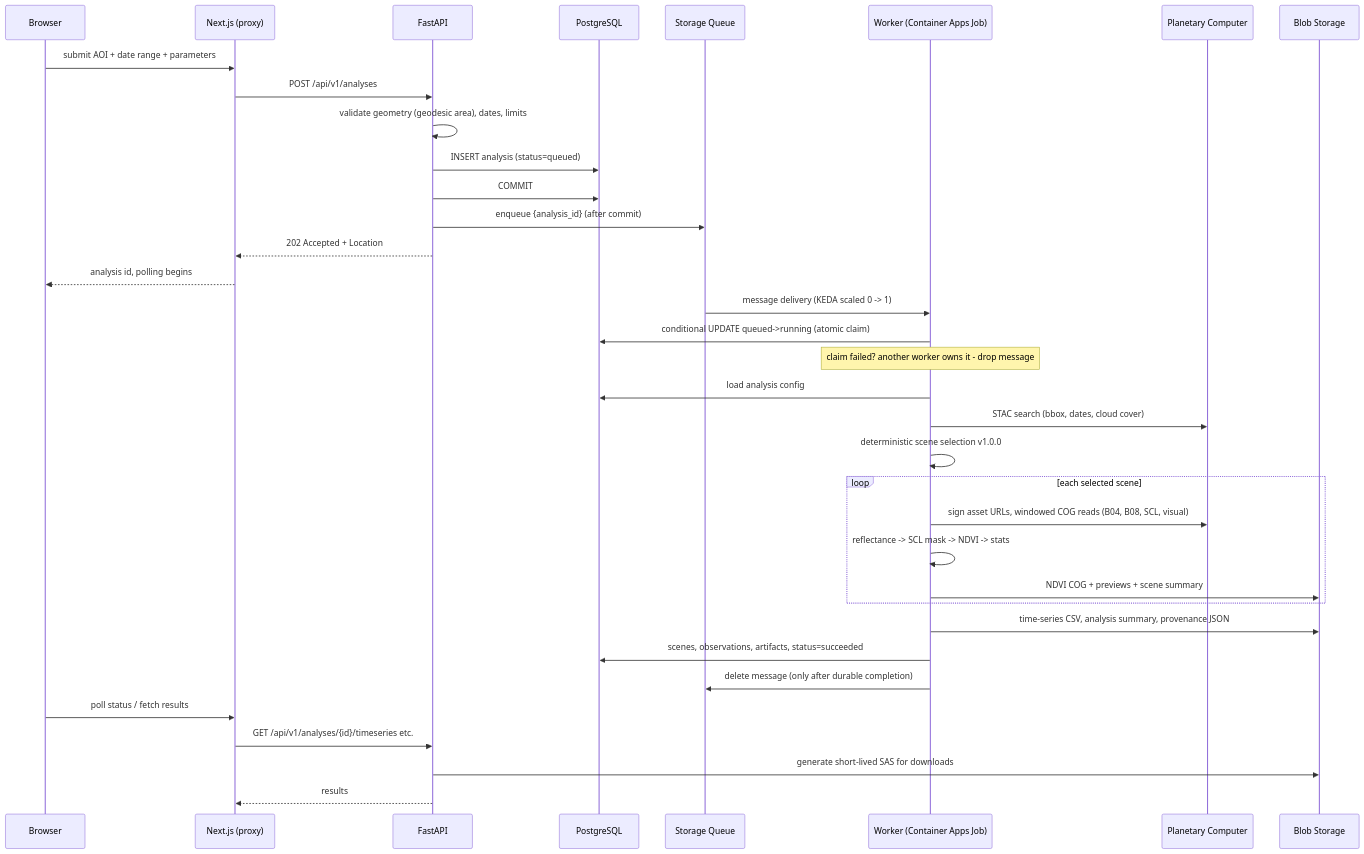
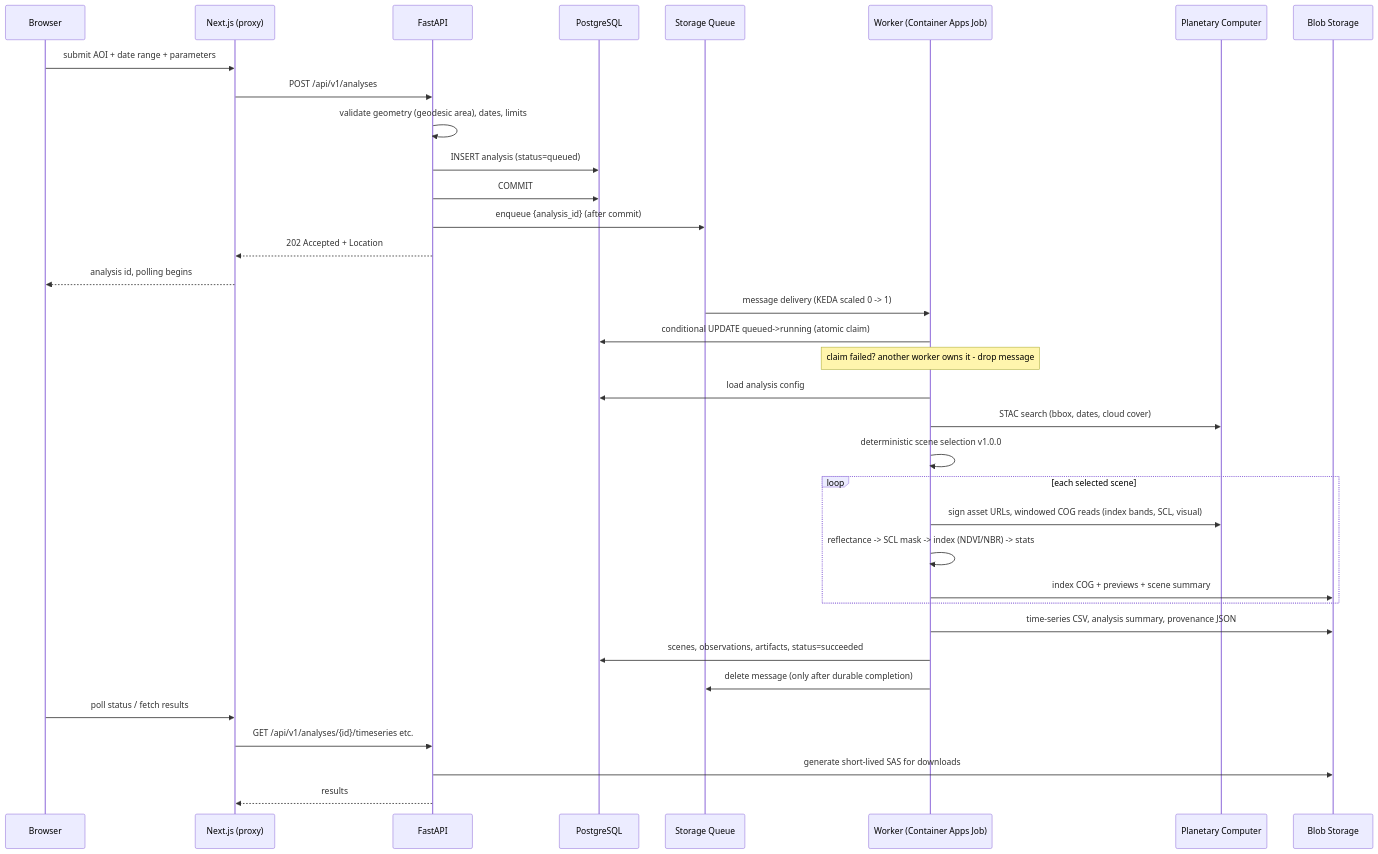
One commit to raveheart1/Orbital-Earth-Observation-Platform changed the second of 2 diagrams in docs/architecture.md. Above: the diagram before and after it, drawn with Mermaid. The commit also changed other lines of this file and 75 other files, not shown here.

````diff
--- a/docs/architecture.md
+++ b/docs/architecture.md
@@ -97,40 +102,40 @@
 ```mermaid
 sequenceDiagram
     participant B as Browser
     participant W as Next.js (proxy)
     participant A as FastAPI
     participant PG as PostgreSQL
     participant Q as Storage Queue
     participant J as Worker (Container Apps Job)
     participant PC as Planetary Computer
     participant BL as Blob Storage
 
     B->>W: submit AOI + date range + parameters
     W->>A: POST /api/v1/analyses
     A->>A: validate geometry (geodesic area), dates, limits
     A->>PG: INSERT analysis (status=queued)
     A->>PG: COMMIT
     A->>Q: enqueue {analysis_id}  (after commit)
     A-->>W: 202 Accepted + Location
     W-->>B: analysis id, polling begins
 
     Q->>J: message delivery (KEDA scaled 0 -> 1)
     J->>PG: conditional UPDATE queued->running (atomic claim)
     Note over J: claim failed? another worker owns it - drop message
     J->>PG: load analysis config
     J->>PC: STAC search (bbox, dates, cloud cover)
     J->>J: deterministic scene selection v1.0.0
     loop each selected scene
-        J->>PC: sign asset URLs, windowed COG reads (B04, B08, SCL, visual)
-        J->>J: reflectance -> SCL mask -> NDVI -> stats
-        J->>BL: NDVI COG + previews + scene summary
+        J->>PC: sign asset URLs, windowed COG reads (index bands, SCL, visual)
+        J->>J: reflectance -> SCL mask -> index (NDVI/NBR) -> stats
+        J->>BL: index COG + previews + scene summary
     end
     J->>BL: time-series CSV, analysis summary, provenance JSON
     J->>PG: scenes, observations, artifacts, status=succeeded
     J->>Q: delete message (only after durable completion)
 
     B->>W: poll status / fetch results
     W->>A: GET /api/v1/analyses/{id}/timeseries etc.
     A->>BL: generate short-lived SAS for downloads
     A-->>W: results
 ```
````
